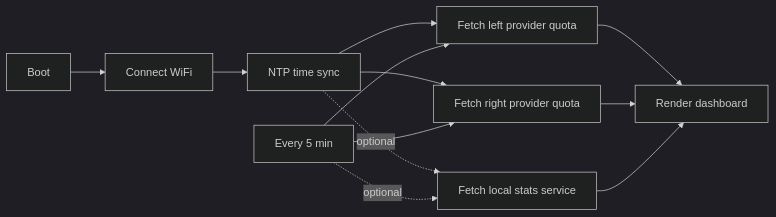
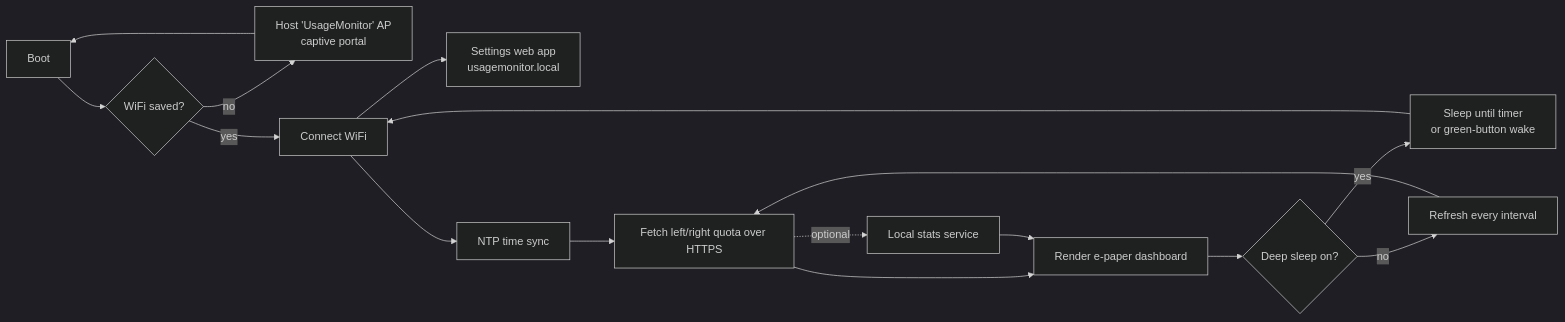
Before and after one commit to DragynX/ePaper_vibe_coding_ai_usage_track: the diagram in README.md, drawn with Mermaid (dark theme). The commit also changed other lines of this file and 18 other files, not shown here.

````diff
--- a/README.md
+++ b/README.md
@@ -169,14 +219,18 @@
 ```mermaid
 flowchart LR
-  A[Boot] --> B[Connect WiFi]
-  B --> C[NTP time sync]
-  C --> D[Fetch left provider quota]
-  C --> E[Fetch right provider quota]
-  C -. optional .-> L[Fetch local stats service]
-  D --> F[Render dashboard]
-  E --> F
-  L --> F
-  G[Every 5 min] --> D
-  G --> E
-  G -. optional .-> L
+  A[Boot] --> B{WiFi saved?}
+  B -- no --> P[Host 'UsageMonitor' AP\ncaptive portal]
+  P --> A
+  B -- yes --> C[Connect WiFi]
+  C --> W[Settings web app\nusagemonitor.local]
+  C --> N[NTP time sync]
+  N --> D[Fetch left/right quota over HTTPS]
+  D -. optional .-> L[Local stats service]
+  D --> R[Render e-paper dashboard]
+  L --> R
+  R --> S{Deep sleep on?}
+  S -- yes --> Z[Sleep until timer\nor green-button wake]
+  Z --> C
+  S -- no --> G[Refresh every interval]
+  G --> D
 ```
````
